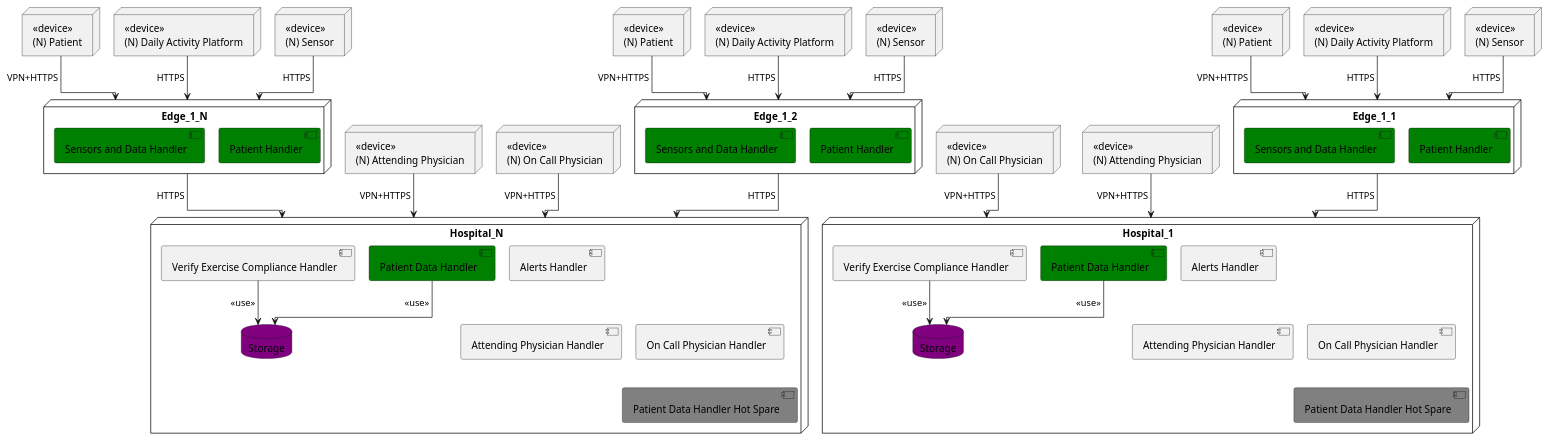
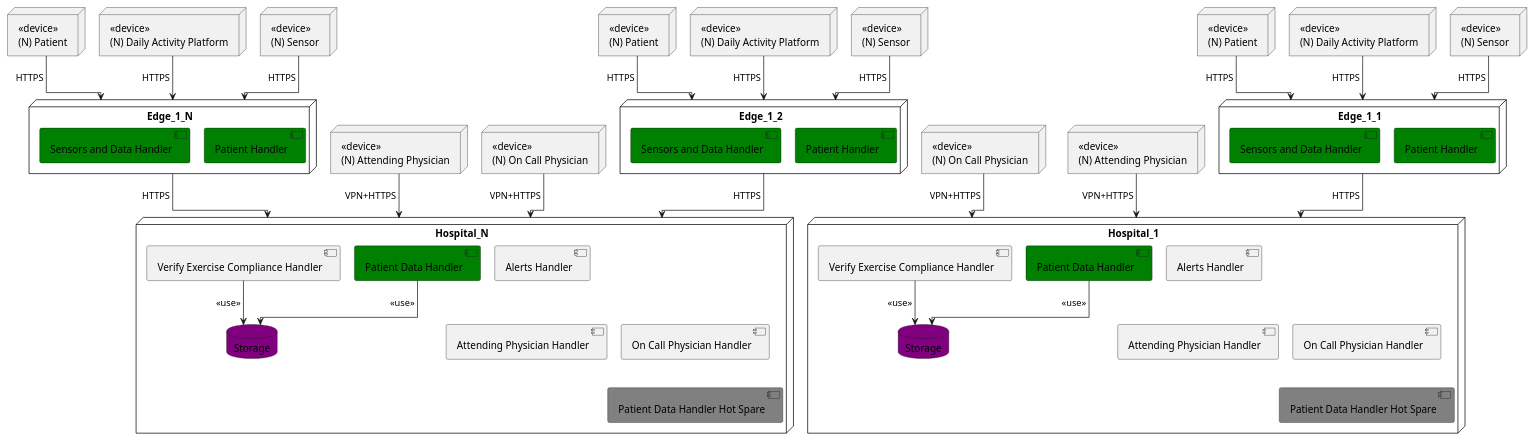
One commit to koalas11/Software-Architecture-Project changed the diagram in diagrams/deployment_architecture.wsd. Above: the diagram before and after it, drawn with PlantUML. The commit also changed 6 other files, not shown here.

```diff
--- a/diagrams/deployment_architecture.wsd
+++ b/diagrams/deployment_architecture.wsd
@@ -1,95 +1,95 @@
 @startuml deployment_architecture
 !pragma layout elk 
 left to right direction
 
 node "<<device>>\n(N) Attending Physician" as Attending_Physician_1_1
 node "<<device>>\n(N) On Call Physician" as On_Call_Physician_1_1
 
 node Hospital_1 {
     component "Alerts Handler" as AH1
     component "Attending Physician Handler" as APH1
     component "On Call Physician Handler" as OCPH1
 
     component "Patient Data Handler" as PDH1 #Green
     component "Patient Data Handler Hot Spare" as PDH1B #Gray
     component "Verify Exercise Compliance Handler" as VECH1
     database "Storage" as DS1 #Purple
 
     PDH1 --> DS1 : <<use>>
     VECH1 --> DS1 : <<use>>
 }
 
 node Edge_1_1 {
     component "Sensors and Data Handler" as SDH1 #Green
     component "Patient Handler" as PH1 #Green
 }
 
 node Edge_1_2 {
     component "Sensors and Data Handler" as SDH2 #Green
     component "Patient Handler" as PH2 #Green
 }
 
 node "Edge_1_N" as Edge_1_3 {
     component "Sensors and Data Handler" as SDH3 #Green
     component "Patient Handler" as PH3 #Green
 }
 
 together {
 node "<<device>>\n(N) Sensor" as Sensor_1_1
 node "<<device>>\n(N) Daily Activity Platform" as DAP_1_1
 node "<<device>>\n(N) Patient" as Patient_1_1
 
 
 Sensor_1_1 -> Edge_1_1 : HTTPS
 DAP_1_1 -> Edge_1_1 : HTTPS
-Patient_1_1 -> Edge_1_1 : VPN+HTTPS
+Patient_1_1 -> Edge_1_1 : HTTPS
 }
 
 Edge_1_1 -> Hospital_1 : HTTPS
 
 Attending_Physician_1_1 --> Hospital_1 : VPN+HTTPS
 On_Call_Physician_1_1 --> Hospital_1 : VPN+HTTPS
 
 node "<<device>>\n(N) Attending Physician" as Attending_Physician_1_2
 node "<<device>>\n(N) On Call Physician" as On_Call_Physician_1_2
 
 
 node "Hospital_N" as Hospital_2 {
     component "Alerts Handler" as AH2
     component "Attending Physician Handler" as APH2
     component "On Call Physician Handler" as OCPH2
 
     component "Patient Data Handler" as PDH2 #Green
     component "Patient Data Handler Hot Spare" as PDH2B #Gray
     component "Verify Exercise Compliance Handler" as VECH2
     database "Storage" as DS2 #Purple
 
     PDH2 --> DS2 : <<use>>
     VECH2 --> DS2 : <<use>>
 }
 
 Attending_Physician_1_2 --> Hospital_2 : VPN+HTTPS
 On_Call_Physician_1_2 --> Hospital_2 : VPN+HTTPS
 
 
 
 node "<<device>>\n(N) Sensor" as Sensor_1_2
 node "<<device>>\n(N) Daily Activity Platform" as DAP_1_2
 node "<<device>>\n(N) Patient" as Patient_1_2
 
 Sensor_1_2 -> Edge_1_2 : HTTPS
 DAP_1_2 -> Edge_1_2 : HTTPS
-Patient_1_2 -> Edge_1_2 : VPN+HTTPS
+Patient_1_2 -> Edge_1_2 : HTTPS
 
 node "<<device>>\n(N) Sensor" as Sensor_1_3
 node "<<device>>\n(N) Daily Activity Platform" as DAP_1_3
 node "<<device>>\n(N) Patient" as Patient_1_3
 
 Sensor_1_3 -> Edge_1_3 : HTTPS
 DAP_1_3 -> Edge_1_3 : HTTPS
-Patient_1_3 -> Edge_1_3 : VPN+HTTPS
+Patient_1_3 -> Edge_1_3 : HTTPS
 
 Edge_1_2 -> Hospital_2 : HTTPS
 Edge_1_3 -> Hospital_2 : HTTPS
 
 @enduml
```
